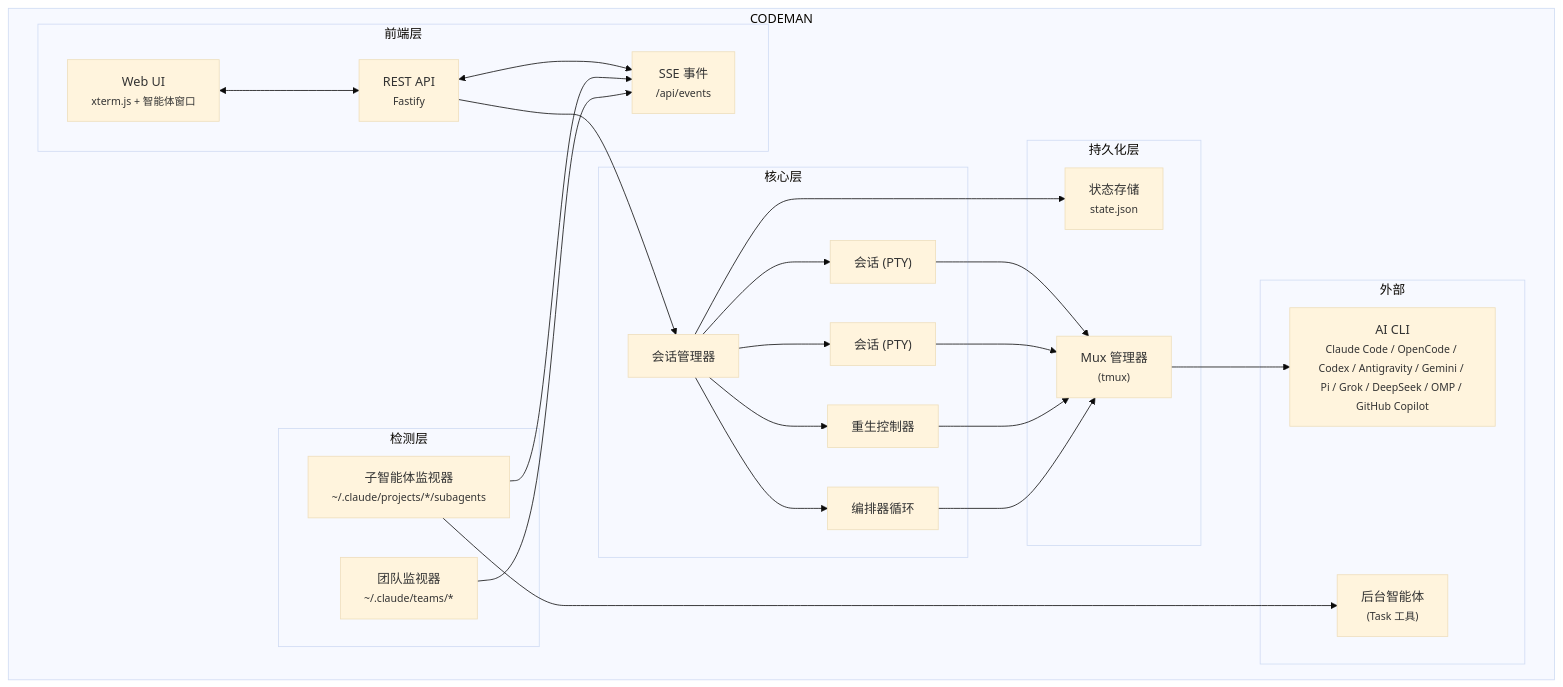
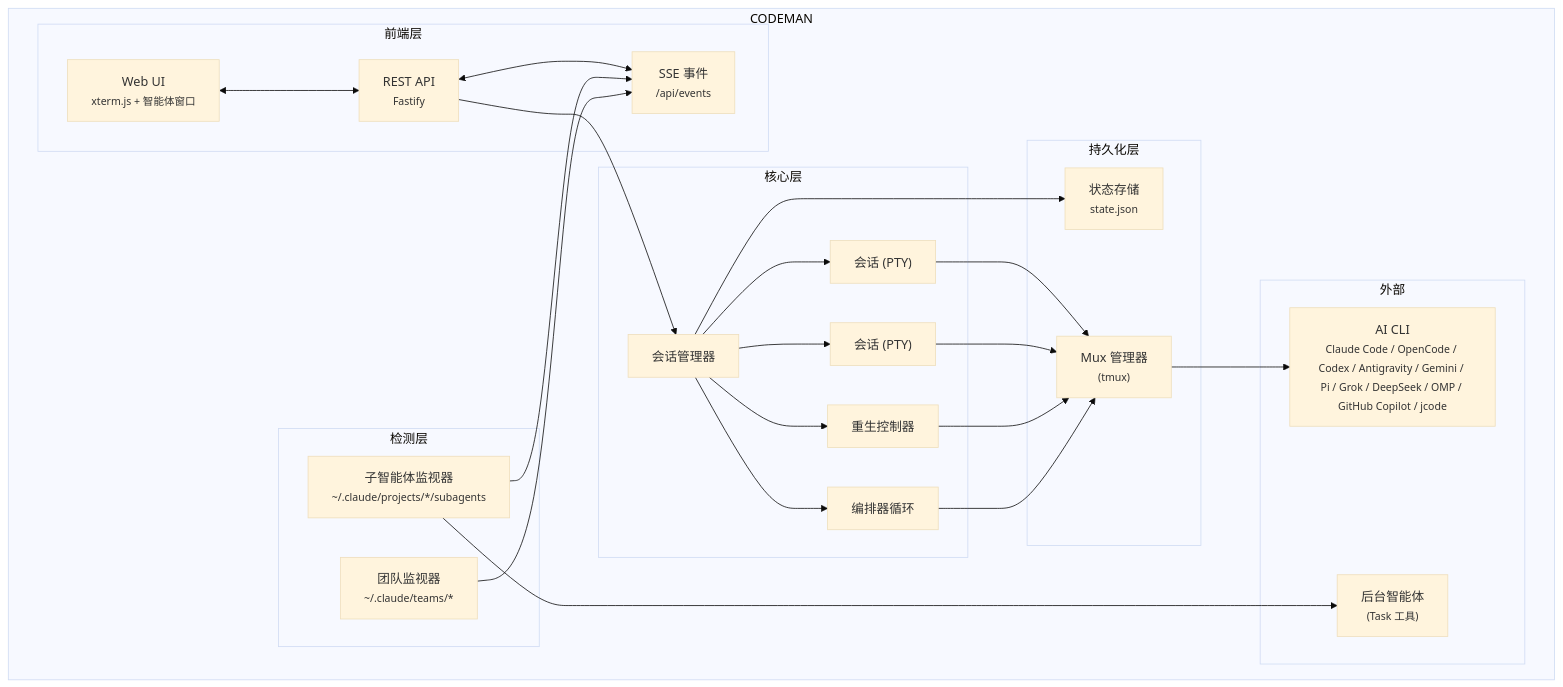
One commit to Ark0N/Codeman changed the diagram in README.zh-CN.md. Above: the diagram before and after it, drawn with Mermaid (base theme). The commit also changed other lines of this file and 65 other files, not shown here.

````diff
--- a/README.zh-CN.md
+++ b/README.zh-CN.md
@@ -1167,50 +1167,50 @@
 ```mermaid
 flowchart TB
     subgraph Codeman["CODEMAN"]
         subgraph Frontend["前端层"]
             UI["Web UI<br/><small>xterm.js + 智能体窗口</small>"]
             API["REST API<br/><small>Fastify</small>"]
             SSE["SSE 事件<br/><small>/api/events</small>"]
         end
 
         subgraph Core["核心层"]
             SM["会话管理器"]
             S1["会话 (PTY)"]
             S2["会话 (PTY)"]
             RC["重生控制器"]
             ORC["编排器循环"]
         end
 
         subgraph Detection["检测层"]
             SW["子智能体监视器<br/><small>~/.claude/projects/*/subagents</small>"]
             TW["团队监视器<br/><small>~/.claude/teams/*</small>"]
         end
 
         subgraph Persistence["持久化层"]
             SCR["Mux 管理器<br/><small>(tmux)</small>"]
             SS["状态存储<br/><small>state.json</small>"]
         end
 
         subgraph External["外部"]
-            CLI["AI CLI<br/><small>Claude Code / OpenCode / Codex / Antigravity / Gemini / Pi / Grok / DeepSeek / OMP / GitHub Copilot</small>"]
+            CLI["AI CLI<br/><small>Claude Code / OpenCode / Codex / Antigravity / Gemini / Pi / Grok / DeepSeek / OMP / GitHub Copilot / jcode</small>"]
             BG["后台智能体<br/><small>(Task 工具)</small>"]
         end
     end
 
     UI <--> API
     API <--> SSE
     API --> SM
     SM --> S1
     SM --> S2
     SM --> RC
     SM --> ORC
     SM --> SS
     S1 --> SCR
     S2 --> SCR
     RC --> SCR
     ORC --> SCR
     SCR --> CLI
     SW --> BG
     SW --> SSE
     TW --> SSE
 ```
````
